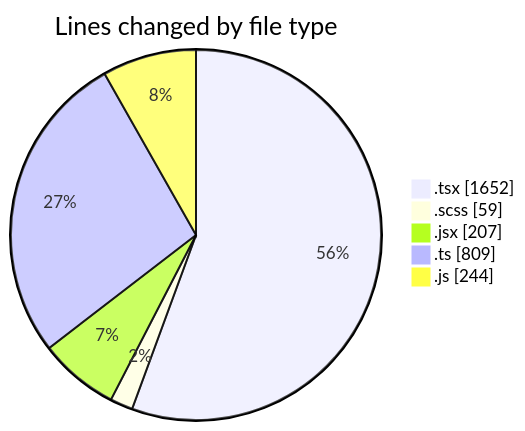
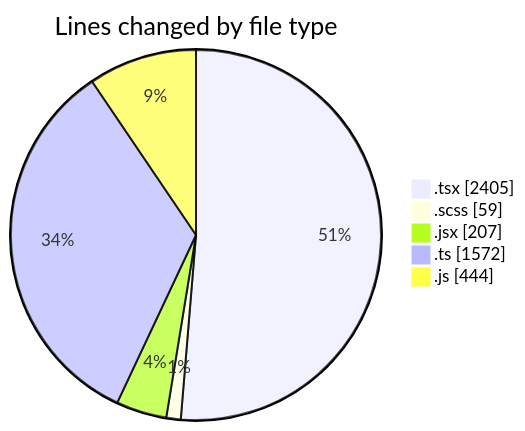
The first of 2 diagrams in 2026-07-23/cda/README.md (momahboobian/code-tracking), drawn with Mermaid before and after one commit. The commit also changed other lines of this file and 1 other file, not shown here.

````diff
--- a/2026-07-23/cda/README.md
+++ b/2026-07-23/cda/README.md
@@ -34,9 +34,9 @@
 ```mermaid
 pie showData
 title Lines changed by file type
-".tsx" : 1652
+".tsx" : 2405
 ".scss" : 59
 ".jsx" : 207
-".ts" : 809
-".js" : 244
+".ts" : 1572
+".js" : 444
 ```
````
